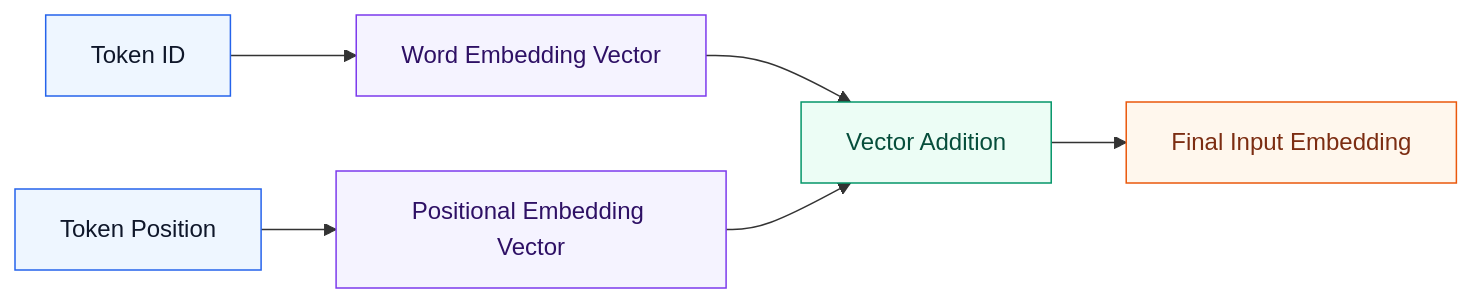
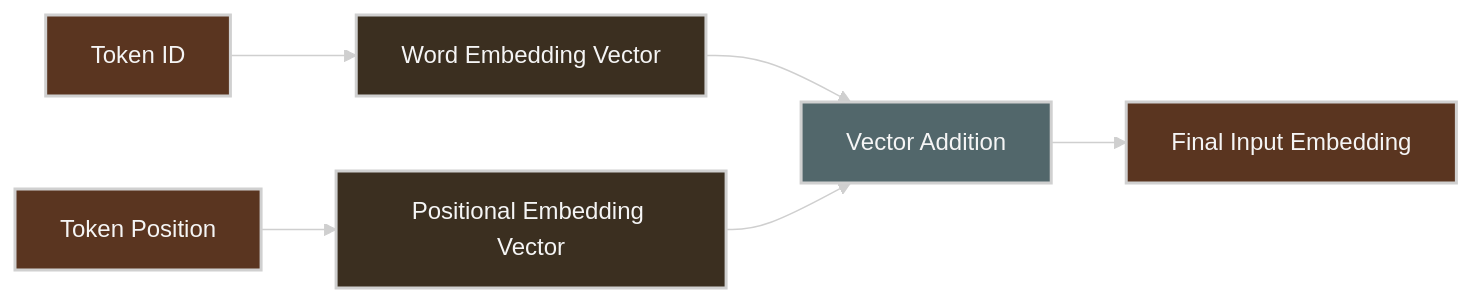
The third of 9 diagrams in deep-learning-for-network-engineers/week02/README.md (ziwon/ai-data-center-network), drawn with Mermaid before and after one commit. The commit also changed other lines of this file and 35 other files, not shown here.

Commit message:
docs(mermaid): apply dark diagram style

````diff
--- a/deep-learning-for-network-engineers/week02/README.md
+++ b/deep-learning-for-network-engineers/week02/README.md
@@ -185,13 +187,14 @@
 ```mermaid
+%%{init: {"theme": "base", "themeVariables": {"background": "#171717", "primaryColor": "#232323", "primaryTextColor": "#f5f5f5", "primaryBorderColor": "#d0d0d0", "lineColor": "#cfcfcf", "fontFamily": "Inter, Arial, sans-serif"}}}%%
 flowchart LR
-    classDef token fill:#eef6ff,stroke:#2563eb,color:#0f172a
-    classDef param fill:#f5f3ff,stroke:#7c3aed,color:#2e1065
-    classDef compute fill:#ecfdf5,stroke:#059669,color:#064e3b
-    classDef output fill:#fff7ed,stroke:#ea580c,color:#7c2d12
+    classDef token fill:#5a3520,stroke:#d0d0d0,color:#f5f5f5,stroke-width:2px;
+    classDef param fill:#3b2f20,stroke:#d0d0d0,color:#f5f5f5,stroke-width:2px;
+    classDef compute fill:#52676b,stroke:#d0d0d0,color:#f5f5f5,stroke-width:2px;
+    classDef output fill:#5a3520,stroke:#d0d0d0,color:#f5f5f5,stroke-width:2px;
 
     A[Token ID]:::token --> B[Word Embedding Vector]:::param
     C[Token Position]:::token --> D[Positional Embedding Vector]:::param
     B --> E[Vector Addition]:::compute
     D --> E
     E --> F[Final Input Embedding]:::output
 ```
````
